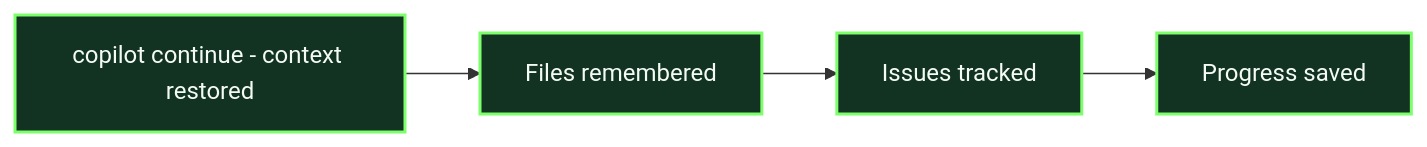
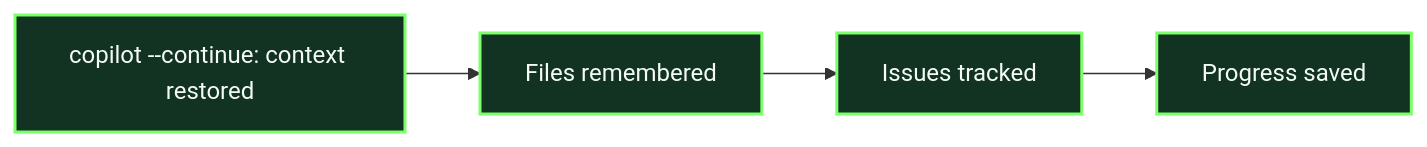
The fourth of 5 diagrams in 02-context-conversations/README.md (breconno/cowabunga), drawn with Mermaid before and after one commit. The commit also changed other lines of this file and 7 other files, not shown here.

Commit message:
chore: update README and demo files for pizza recipe project context and flow clarity

````diff
--- a/02-context-conversations/README.md
+++ b/02-context-conversations/README.md
@@ -469,5 +480,5 @@
 ```mermaid
 flowchart LR
-    W1[copilot continue - context restored]:::wednesday --> W2[Files remembered]:::wednesday --> W3[Issues tracked]:::wednesday --> W4[Progress saved]:::wednesday
+    W1[copilot --continue: context restored]:::wednesday --> W2[Files remembered]:::wednesday --> W3[Issues tracked]:::wednesday --> W4[Progress saved]:::wednesday
     classDef wednesday fill:#123222,color:#f4fbf5,stroke:#7cff6b,stroke-width:2px
 ```
````
